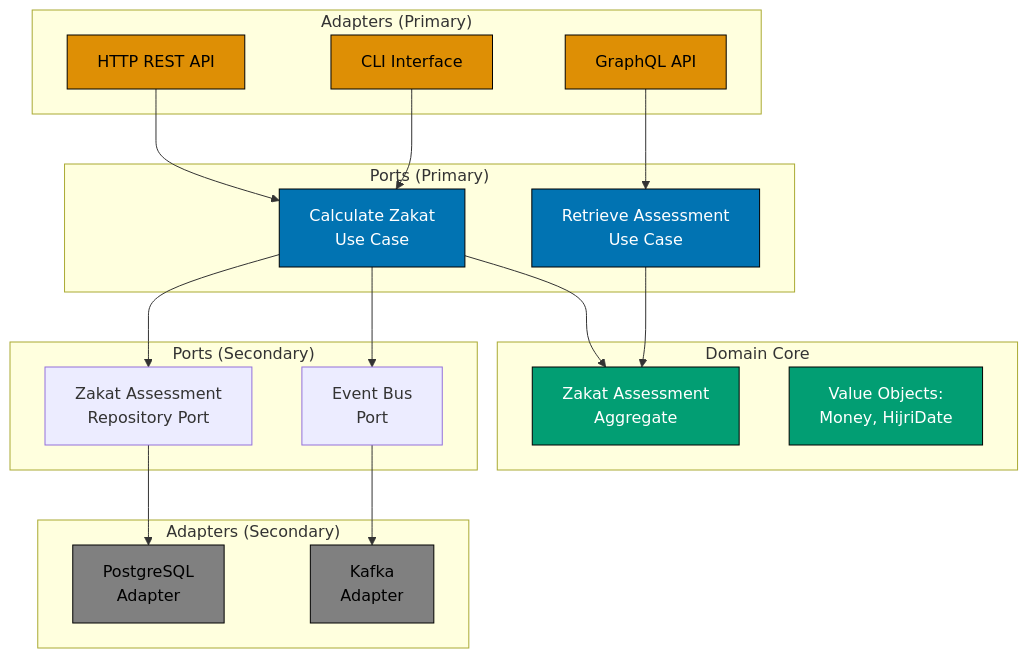
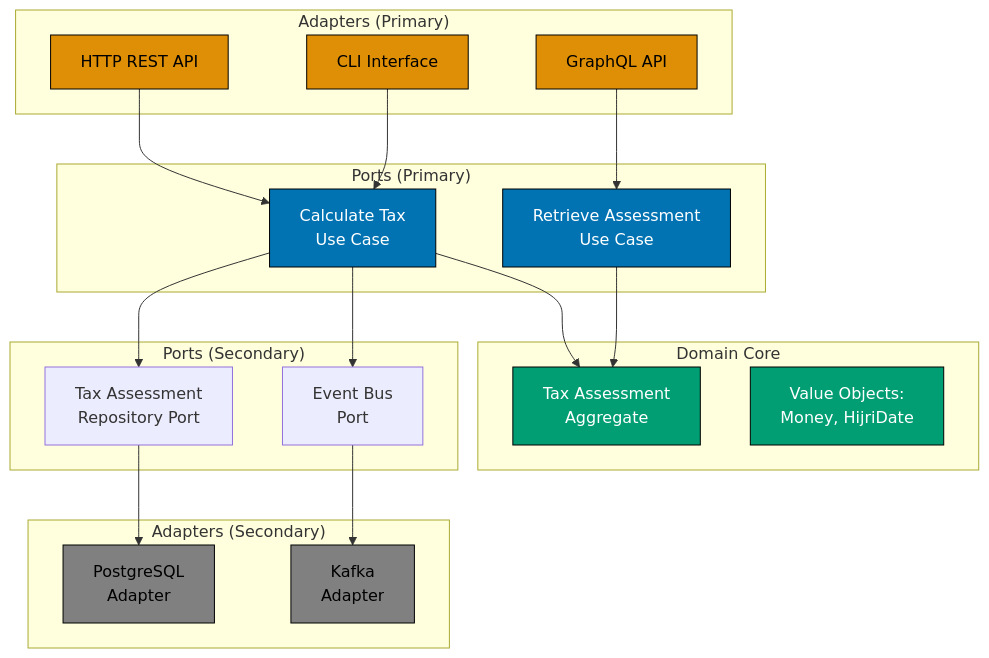
Before and after one commit to wahidyankf/open-sharia-enterprise: the third of 3 diagrams in docs/explanation/software/architecture/domain-driven-design-ddd/ex-so-ar-dodrdedd__15-layered-architecture.md, drawn with Mermaid. The commit also changed other lines of this file and 94 other files, not shown here.

````diff
--- a/docs/explanation/software/architecture/domain-driven-design-ddd/ex-so-ar-dodrdedd__15-layered-architecture.md
+++ b/docs/explanation/software/architecture/domain-driven-design-ddd/ex-so-ar-dodrdedd__15-layered-architecture.md
@@ -466,51 +466,51 @@
 ```mermaid
 graph TB
     subgraph "Adapters (Primary)"
         HTTP[HTTP REST API]
         GraphQL[GraphQL API]
         CLI[CLI Interface]
     end
 
     subgraph "Ports (Primary)"
-        UC1[Calculate Zakat<br/>Use Case]
+        UC1[Calculate Tax<br/>Use Case]
         UC2[Retrieve Assessment<br/>Use Case]
     end
 
     subgraph "Domain Core"
-        AGG[Zakat Assessment<br/>Aggregate]
+        AGG[Tax Assessment<br/>Aggregate]
         VO[Value Objects:<br/>Money, HijriDate]
     end
 
     subgraph "Ports (Secondary)"
-        REPO[Zakat Assessment<br/>Repository Port]
+        REPO[Tax Assessment<br/>Repository Port]
         EVENT[Event Bus<br/>Port]
     end
 
     subgraph "Adapters (Secondary)"
         PG[PostgreSQL<br/>Adapter]
         KAFKA[Kafka<br/>Adapter]
     end
 
     HTTP --> UC1
     GraphQL --> UC2
     CLI --> UC1
 
     UC1 --> AGG
     UC2 --> AGG
 
     UC1 --> REPO
     UC1 --> EVENT
 
     REPO --> PG
     EVENT --> KAFKA
 
     style AGG fill:#029E73,stroke:#000,color:#FFFFFF
     style VO fill:#029E73,stroke:#000,color:#FFFFFF
     style UC1 fill:#0173B2,stroke:#000,color:#FFFFFF
     style UC2 fill:#0173B2,stroke:#000,color:#FFFFFF
     style HTTP fill:#DE8F05,stroke:#000,color:#000000
     style GraphQL fill:#DE8F05,stroke:#000,color:#000000
     style CLI fill:#DE8F05,stroke:#000,color:#000000
     style PG fill:#808080,stroke:#000,color:#000000
     style KAFKA fill:#808080,stroke:#000,color:#000000
 ```
````
